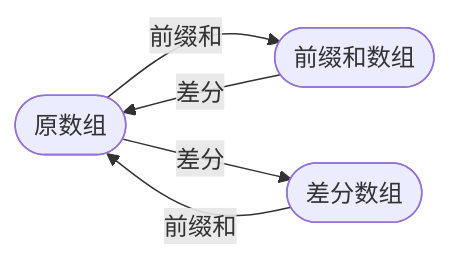
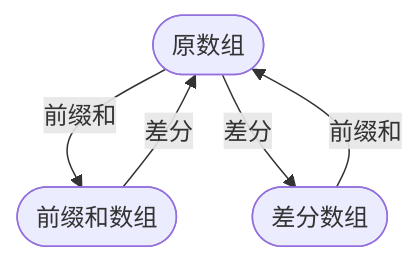
One commit to donggengmo-ad/Daily_Learning changed the diagram in 算法自学/算法理论/基础算法/前缀和与差分.md. Above: the diagram before and after it, drawn with Mermaid. The commit also changed other lines of this file and 47 other files, not shown here.

````diff
--- a/算法自学/算法理论/基础算法/前缀和与差分.md
+++ b/算法自学/算法理论/基础算法/前缀和与差分.md
@@ -5,10 +5,10 @@
 ```mermaid
-graph LR
+graph TD
 A([原数组])
 B([前缀和数组])
 C([差分数组])
 A --前缀和--> B
 A --差分--> C
 B --差分--> A
 C --前缀和--> A
 ```
````
